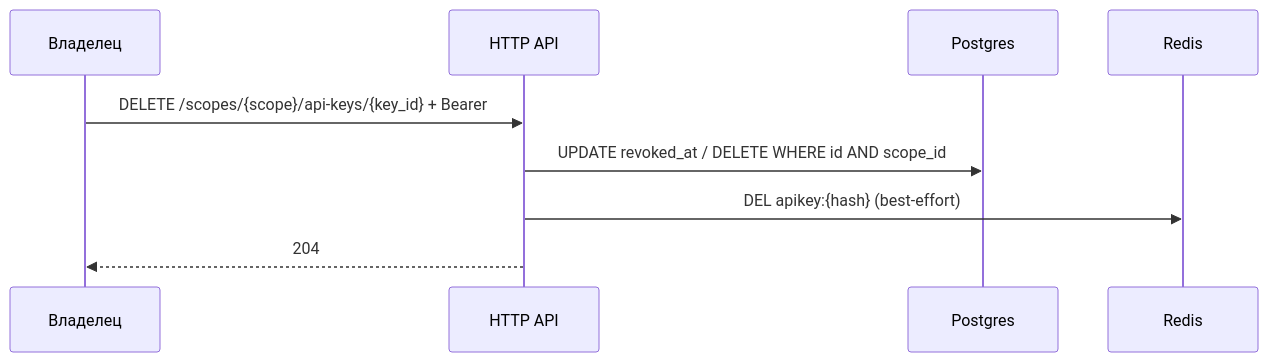
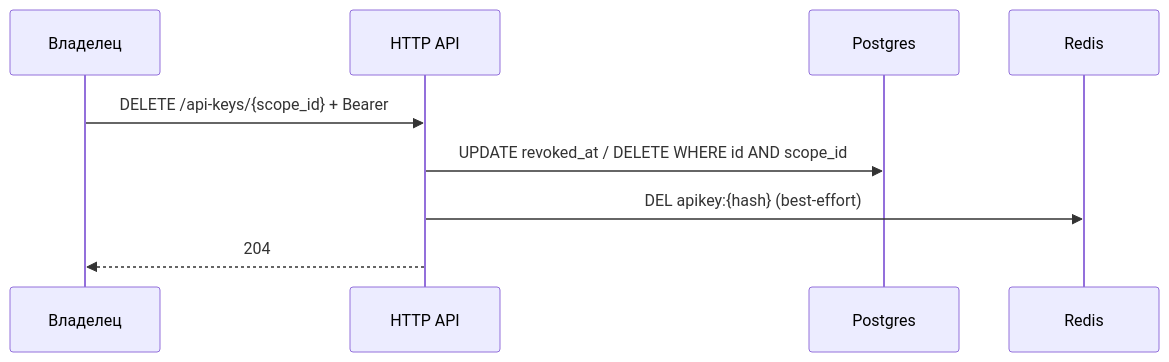
Before and after one commit to IOSHED/KKRCH.RU: the diagram in module_api_keys/delete-scopes-api-keys-key_id.md, drawn with Mermaid. The commit also changed other lines of this file and 5 other files, not shown here.

````diff
--- a/module_api_keys/delete-scopes-api-keys-key_id.md
+++ b/module_api_keys/delete-scopes-api-keys-key_id.md
@@ -32,11 +32,11 @@
 ```mermaid
 sequenceDiagram
     participant C as Владелец
     participant S as HTTP API
     participant PG as Postgres
     participant R as Redis
-    C->>S: DELETE /scopes/{scope}/api-keys/{key_id} + Bearer
-    S->>PG: UPDATE revoked_at / DELETE WHERE id AND scope_id
-    S->>R: DEL apikey:{hash} (best-effort)
-    S-->>C: 204
+    C ->> S: DELETE /api-keys/{scope_id} + Bearer
+    S ->> PG: UPDATE revoked_at / DELETE WHERE id AND scope_id
+    S ->> R: DEL apikey:{hash} (best-effort)
+    S -->> C: 204
 ```
````
